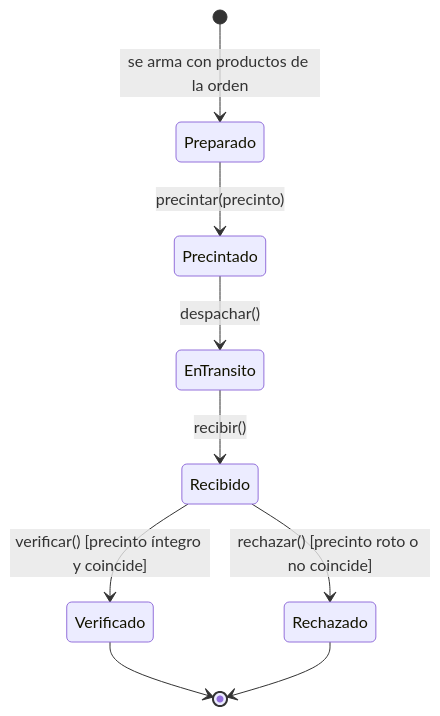
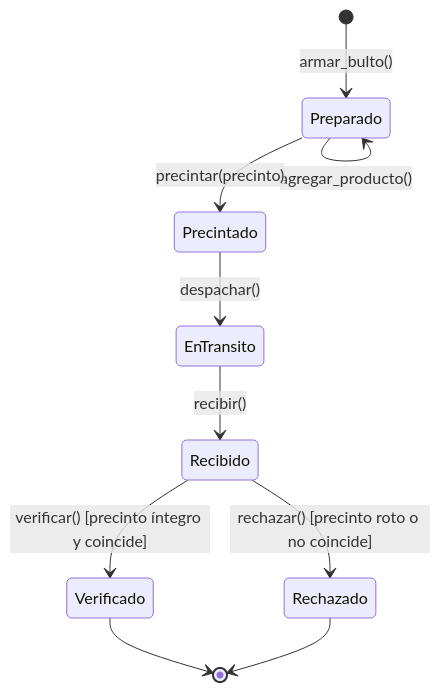
Before and after one commit to joaquin-brachetto/DAO-TP: the ninth of 12 diagrams in docs/modelo_dominio.md, drawn with Mermaid. The commit also changed other lines of this file and 14 other files, not shown here.

````diff
--- a/docs/modelo_dominio.md
+++ b/docs/modelo_dominio.md
@@ -421,11 +677,12 @@
 ```mermaid
 stateDiagram-v2
-    [*] --> Preparado : se arma con productos de la orden
+    [*] --> Preparado : armar_bulto()
+    Preparado --> Preparado : agregar_producto()
     Preparado --> Precintado : precintar(precinto)
     Precintado --> EnTransito : despachar()
     EnTransito --> Recibido : recibir()
     Recibido --> Verificado : verificar() [precinto íntegro y coincide]
     Recibido --> Rechazado : rechazar() [precinto roto o no coincide]
     Verificado --> [*]
     Rechazado --> [*]
 ```
````
